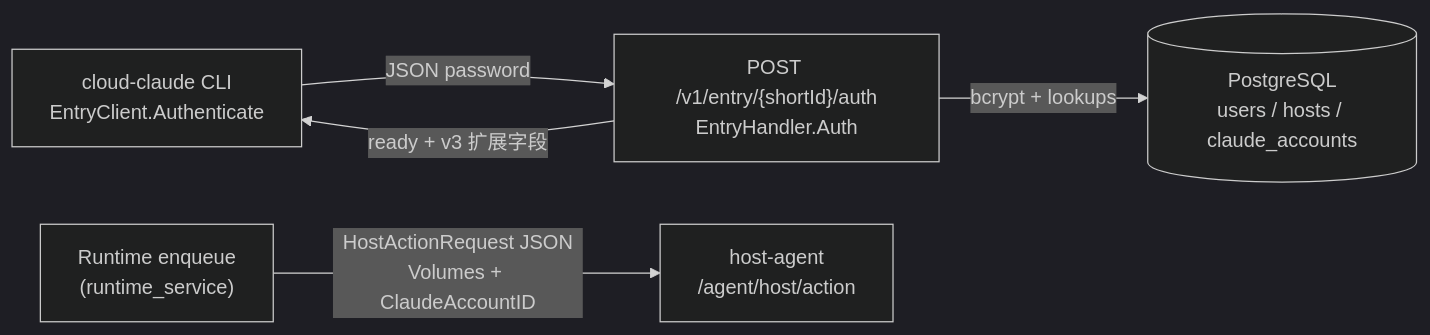
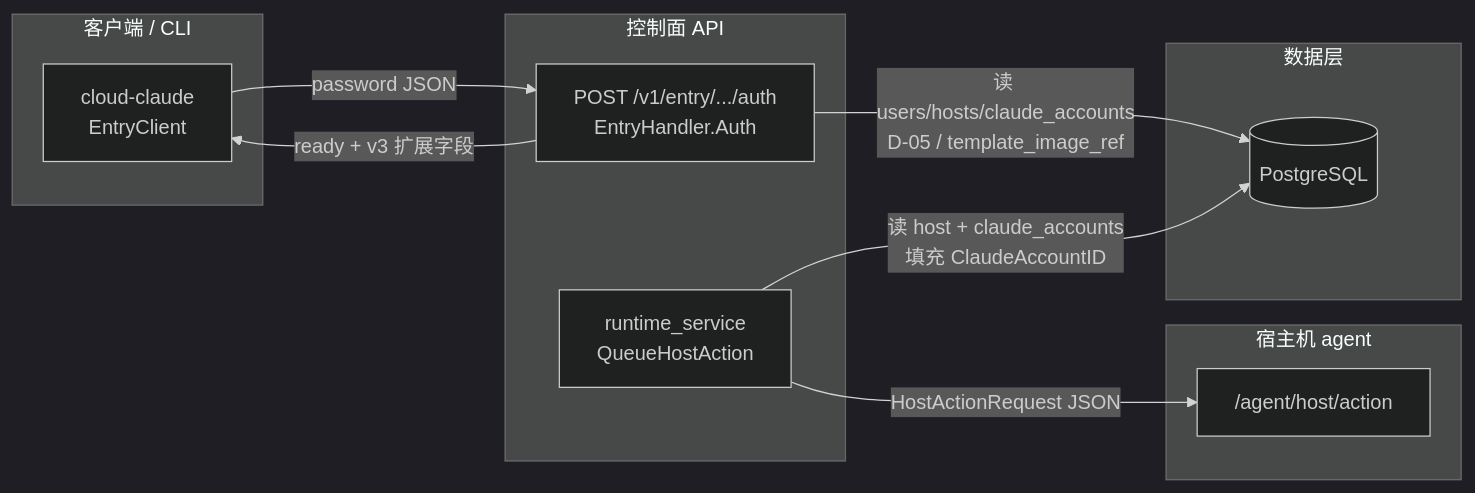
The diagram in .planning/phases/30-entry-api/30-RESEARCH.md (stelin/cloud-cli-proxy), drawn with Mermaid (dark theme) before and after one commit. The commit also changed other lines of this file, not shown here.

Commit message:
docs(30-entry-api): refine RESEARCH per review

````diff
--- a/.planning/phases/30-entry-api/30-RESEARCH.md
+++ b/.planning/phases/30-entry-api/30-RESEARCH.md
@@ -132,13 +132,26 @@
 ```mermaid
 flowchart LR
-  CLI["cloud-claude CLI\nEntryClient.Authenticate"]
-  EP["POST /v1/entry/{shortId}/auth\nEntryHandler.Auth"]
-  DB[("PostgreSQL\nusers / hosts / claude_accounts")]
-  RS["Runtime enqueue\n(runtime_service)"]
-  HA["host-agent\n/agent/host/action"]
+  subgraph ClientTier["客户端 / CLI"]
+    CC[cloud-claude\nEntryClient]
+  end
 
-  CLI -->|"JSON password"| EP
-  EP -->|"bcrypt + lookups"| DB
-  EP -->|"ready + v3 扩展字段"| CLI
-  RS -->|"HostActionRequest JSON\nVolumes + ClaudeAccountID"| HA
+  subgraph ControlPlane["控制面 API"]
+    EP[POST /v1/entry/.../auth\nEntryHandler.Auth]
+    RS[runtime_service\nQueueHostAction]
+  end
+
+  subgraph DataTier["数据层"]
+    DB[(PostgreSQL)]
+  end
+
+  subgraph HostAgent["宿主机 agent"]
+    HA["/agent/host/action"]
+  end
+
+  CC -->|password JSON| EP
+  EP -->|读 users/hosts/claude_accounts\nD-05 / template_image_ref| DB
+  EP -->|ready + v3 扩展字段| CC
+
+  RS -->|读 host + claude_accounts\n填充 ClaudeAccountID| DB
+  RS -->|HostActionRequest JSON| HA
 ```
````
